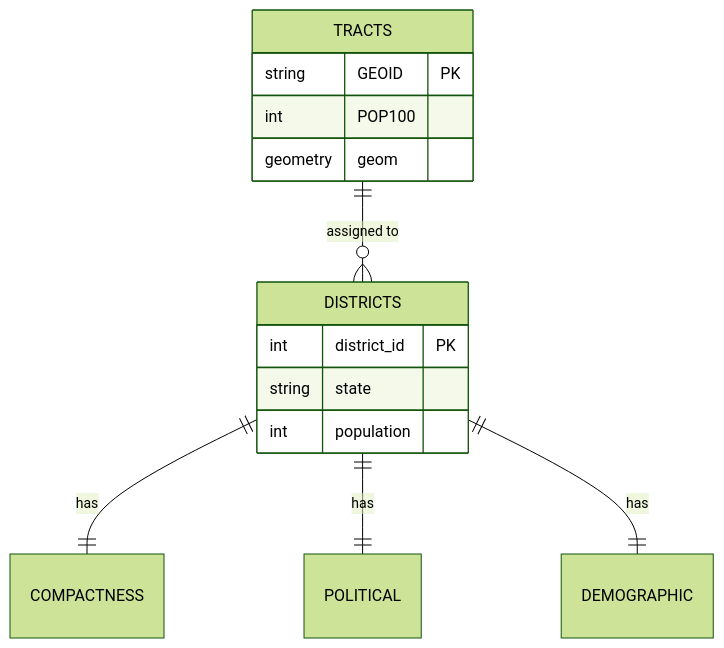
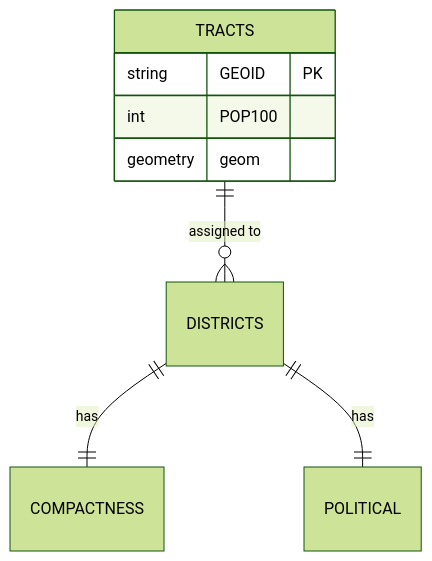
Before and after one commit to giodl73-repo/DEXTRO: the fifth of 15 diagrams in .claude/skills/create-architecture-diagram/SKILL.md, drawn with Mermaid (forest theme). The commit also changed other lines of this file and 3 other files, not shown here.

````diff
--- a/.claude/skills/create-architecture-diagram/SKILL.md
+++ b/.claude/skills/create-architecture-diagram/SKILL.md
@@ -176,19 +108,12 @@
 ```mermaid
 erDiagram
     TRACTS ||--o{ DISTRICTS : "assigned to"
     DISTRICTS ||--|| COMPACTNESS : "has"
     DISTRICTS ||--|| POLITICAL : "has"
-    DISTRICTS ||--|| DEMOGRAPHIC : "has"
 
     TRACTS {
         string GEOID PK
         int POP100
         geometry geom
     }
-
-    DISTRICTS {
-        int district_id PK
-        string state
-        int population
-    }
 ```
````
